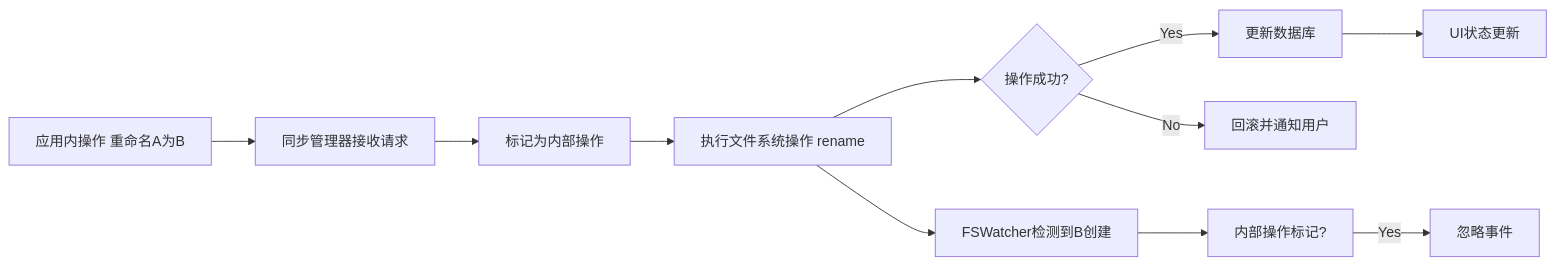
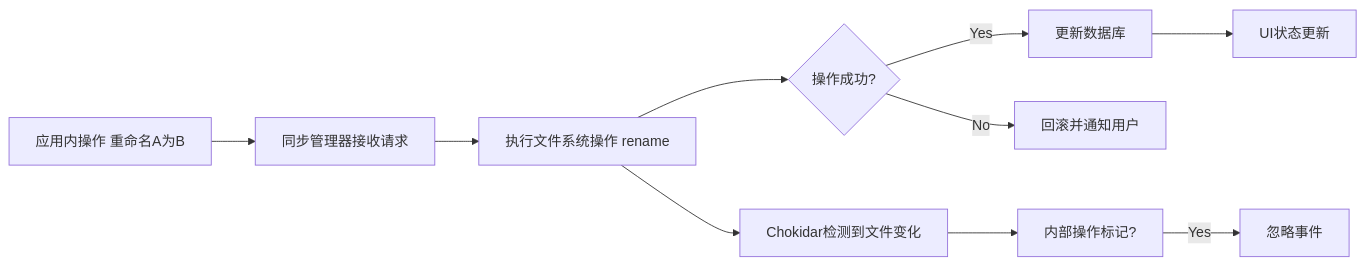
Before and after one commit to wibus-wee/ClarityFile: the first of 6 diagrams in RFCs/RFC-001-Intelligent-File-Management-and-Bidirectional-Sync.md, drawn with Mermaid. The commit also changed other lines of this file and 1 other file, not shown here.

Commit message:
feat(schema): update syncStates and changeLogs tables to enhance file synchronization tracking

````diff
--- a/RFCs/RFC-001-Intelligent-File-Management-and-Bidirectional-Sync.md
+++ b/RFCs/RFC-001-Intelligent-File-Management-and-Bidirectional-Sync.md
@@ -38,13 +38,12 @@
 ```mermaid
 graph LR
     A[应用内操作 重命名A为B] --> B[同步管理器接收请求]
-    B --> C[标记为内部操作]
-    C --> D[执行文件系统操作 rename]
-    D --> E{操作成功?}
-    E -- Yes --> F[更新数据库]
-    F --> G[UI状态更新]
-    E -- No --> H[回滚并通知用户]
-    D --> M[FSWatcher检测到B创建]
-    M --> N[内部操作标记?]
-    N -- Yes --> O[忽略事件]
+    B --> C[执行文件系统操作 rename]
+    C --> D{操作成功?}
+    D -- Yes --> E[更新数据库]
+    E --> F[UI状态更新]
+    D -- No --> G[回滚并通知用户]
+    C --> H[Chokidar检测到文件变化]
+    H --> I[内部操作标记?]
+    I -- Yes --> J[忽略事件]
 ```
````
